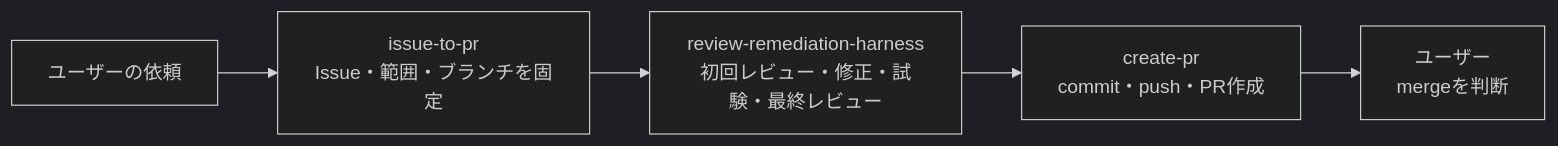
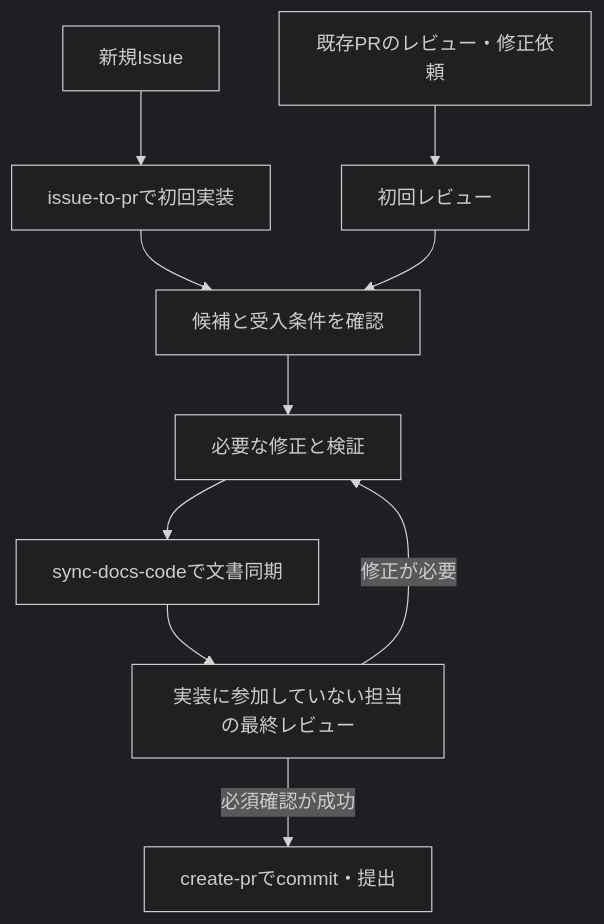
Before and after one commit to 07130918/Agents: the diagram in docs/design/review-remediation-harness/README.md, drawn with Mermaid (dark theme). The commit also changed other lines of this file and 22 other files, not shown here.

````diff
--- a/docs/design/review-remediation-harness/README.md
+++ b/docs/design/review-remediation-harness/README.md
@@ -39,7 +9,12 @@
 ```mermaid
-flowchart LR
-    U[ユーザーの依頼] --> I[issue-to-pr<br/>Issue・範囲・ブランチを固定]
-    I --> H[review-remediation-harness<br/>初回レビュー・修正・試験・最終レビュー]
-    H --> P[create-pr<br/>commit・push・PR作成]
-    P --> M[ユーザー<br/>mergeを判断]
+flowchart TD
+    I[新規Issue] --> W[issue-to-prで初回実装]
+    W --> H[候補と受入条件を確認]
+    P[既存PRのレビュー・修正依頼] --> R[初回レビュー]
+    R --> H
+    H --> F[必要な修正と検証]
+    F --> D[sync-docs-codeで文書同期]
+    D --> V[実装に参加していない担当の最終レビュー]
+    V -->|修正が必要| F
+    V -->|必須確認が成功| C[create-prでcommit・提出]
 ```
````
